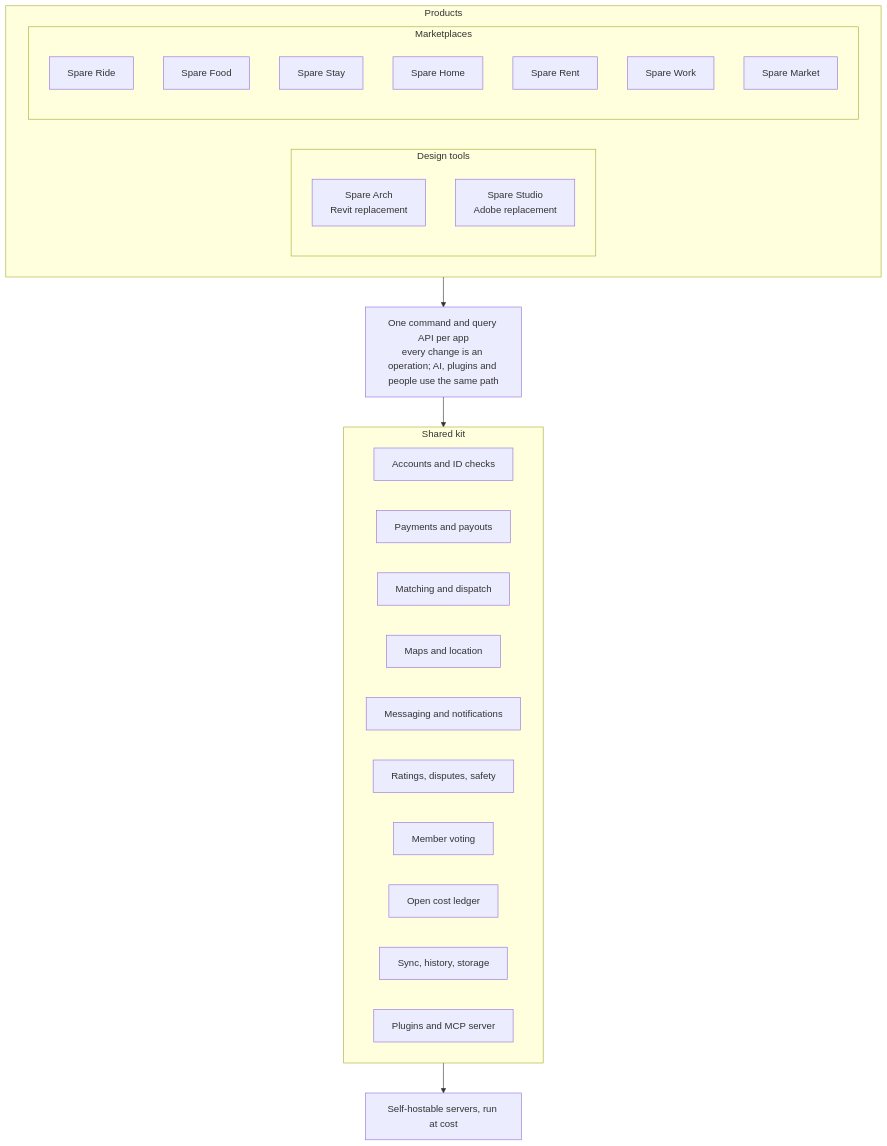
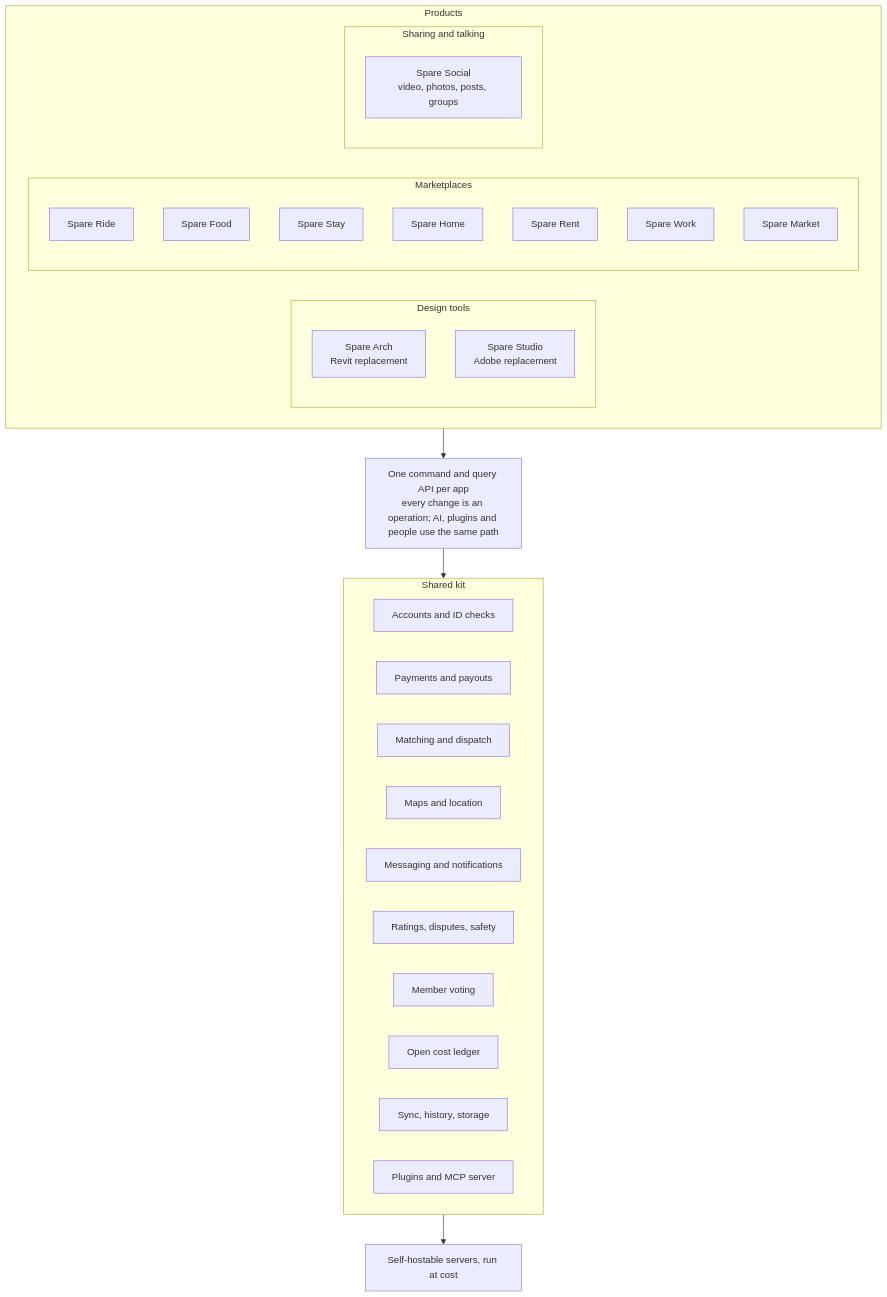
The diagram in ARCHITECTURE.md (spareware-co-op/spareware), drawn with Mermaid before and after one commit. The commit also changed other lines of this file and 7 other files, not shown here.

First line of the commit message:
Spare Social: map and work board for a member-owned social platform

````diff
--- a/ARCHITECTURE.md
+++ b/ARCHITECTURE.md
@@ -7,34 +7,37 @@
 ```mermaid
 flowchart TB
   subgraph Products
     direction LR
     subgraph Design[Design tools]
       ARCH[Spare Arch<br/>Revit replacement]
       CREATIVE[Spare Studio<br/>Adobe replacement]
     end
     subgraph Markets[Marketplaces]
       RIDE[Spare Ride]
       FOOD[Spare Food]
       STAY[Spare Stay]
       HOME[Spare Home]
       RENT[Spare Rent]
       WORK[Spare Work]
       MARKET[Spare Market]
+    end
+    subgraph Social[Sharing and talking]
+      SOCIALAPP[Spare Social<br/>video, photos, posts, groups]
     end
   end
   API[One command and query API per app<br/>every change is an operation; AI, plugins and people use the same path]
   subgraph Kit[Shared kit]
     ID[Accounts and ID checks]
     PAY[Payments and payouts]
     MATCH[Matching and dispatch]
     MAP[Maps and location]
     MSG[Messaging and notifications]
     TRUST[Ratings, disputes, safety]
     VOTE[Member voting]
     LEDGER[Open cost ledger]
     SYNC[Sync, history, storage]
     PLUG[Plugins and MCP server]
   end
   HOST[Self-hostable servers, run at cost]
   Products --> API --> Kit --> HOST
 ```
````
